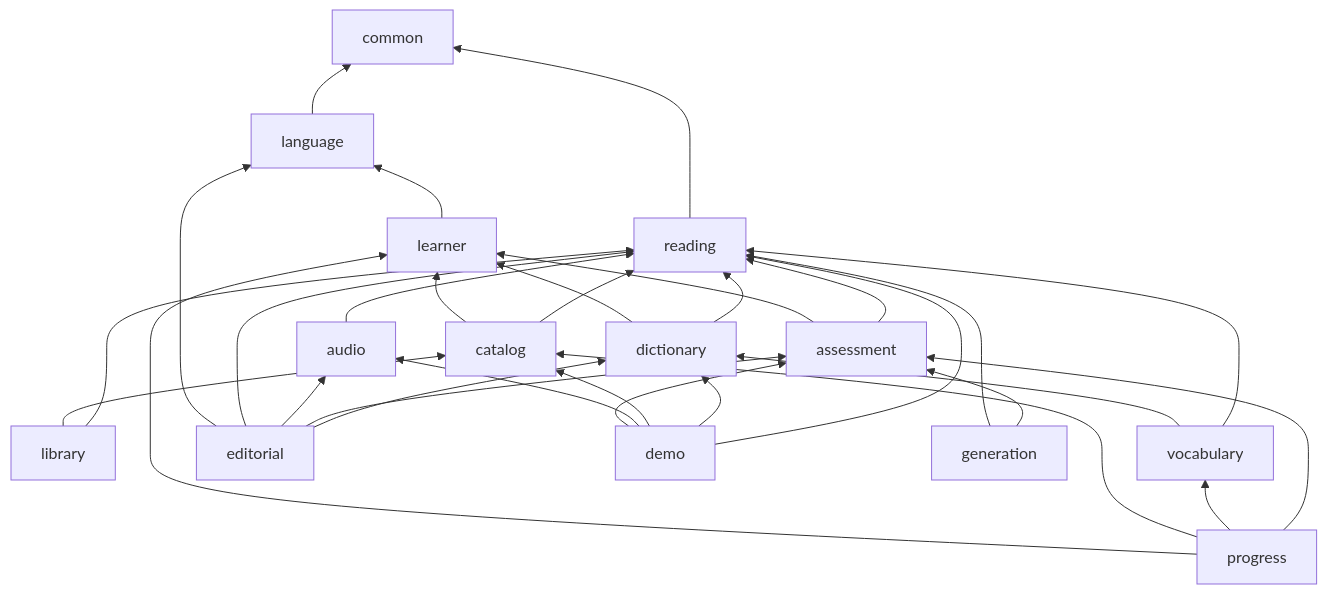
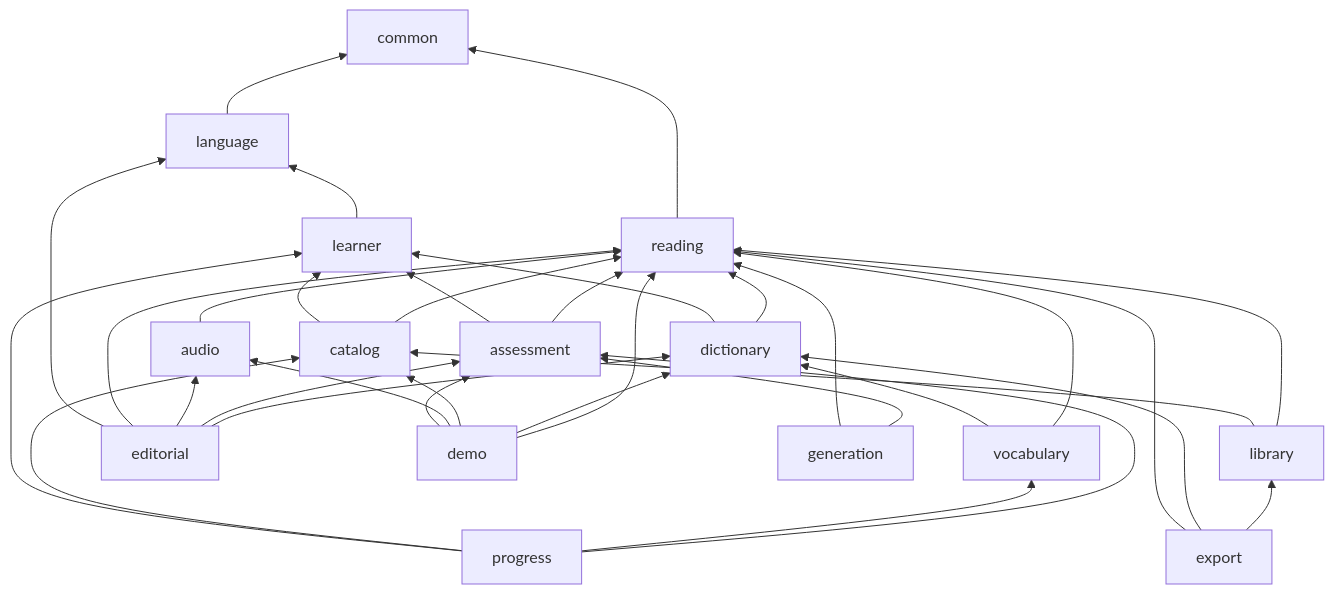
Before and after one commit to wasichai/lesen: the second of 2 diagrams in docs/architecture/overview.md, drawn with Mermaid. The commit also changed other lines of this file and 13 other files, not shown here.

````diff
--- a/docs/architecture/overview.md
+++ b/docs/architecture/overview.md
@@ -44,17 +44,18 @@
 ```mermaid
 flowchart BT
   common
   language --> common
   learner --> language
   reading --> common
   catalog --> learner & reading
   dictionary --> learner & reading
   library --> catalog & reading
   vocabulary --> dictionary & reading
   audio --> reading
   assessment --> learner & reading
   progress --> learner & catalog & vocabulary & assessment
   editorial --> language & reading & audio & assessment & dictionary
   demo --> assessment & audio & catalog & dictionary & reading
   generation --> reading & assessment
+  export --> reading & dictionary & library
 ```
````
